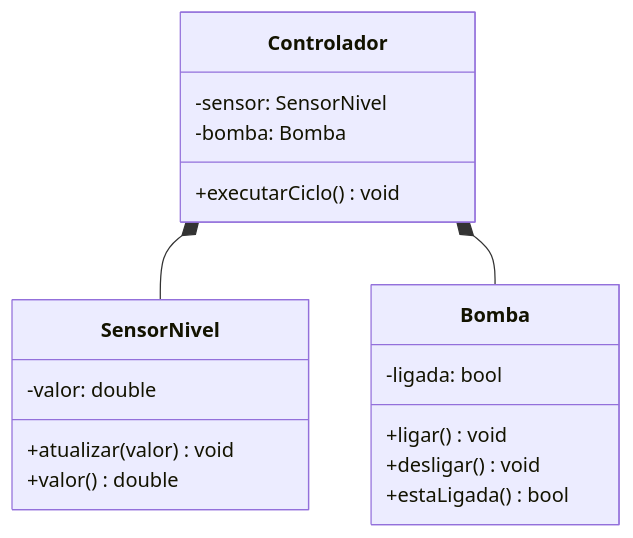
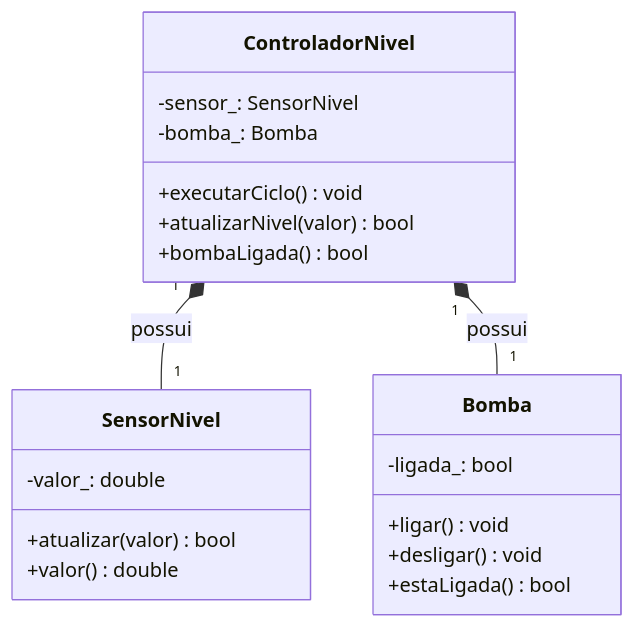
One commit to rafaelrezo/curso-poo changed the diagram in docs/fundamentos_poo_cpp_python/05_composicao/index.md. Above: the diagram before and after it, drawn with Mermaid. The commit also changed other lines of this file and 6 other files, not shown here.

````diff
--- a/docs/fundamentos_poo_cpp_python/05_composicao/index.md
+++ b/docs/fundamentos_poo_cpp_python/05_composicao/index.md
@@ -35,21 +107,23 @@
 ```mermaid
 classDiagram
     class SensorNivel {
-        -valor: double
-        +atualizar(valor) void
+        -valor_: double
+        +atualizar(valor) bool
         +valor() double
     }
     class Bomba {
-        -ligada: bool
+        -ligada_: bool
         +ligar() void
         +desligar() void
         +estaLigada() bool
     }
-    class Controlador {
-        -sensor: SensorNivel
-        -bomba: Bomba
+    class ControladorNivel {
+        -sensor_: SensorNivel
+        -bomba_: Bomba
         +executarCiclo() void
+        +atualizarNivel(valor) bool
+        +bombaLigada() bool
     }
-    Controlador *-- SensorNivel
-    Controlador *-- Bomba
+    ControladorNivel "1" *-- "1" SensorNivel : possui
+    ControladorNivel "1" *-- "1" Bomba : possui
 ```
````
